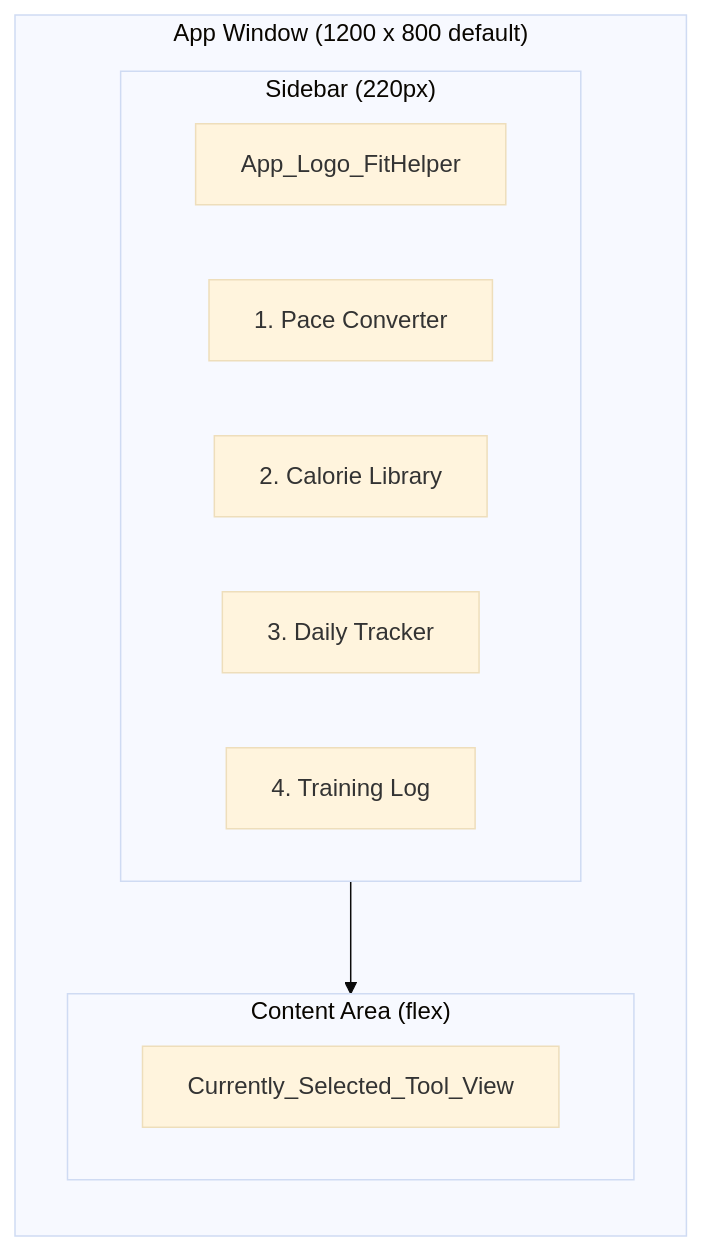
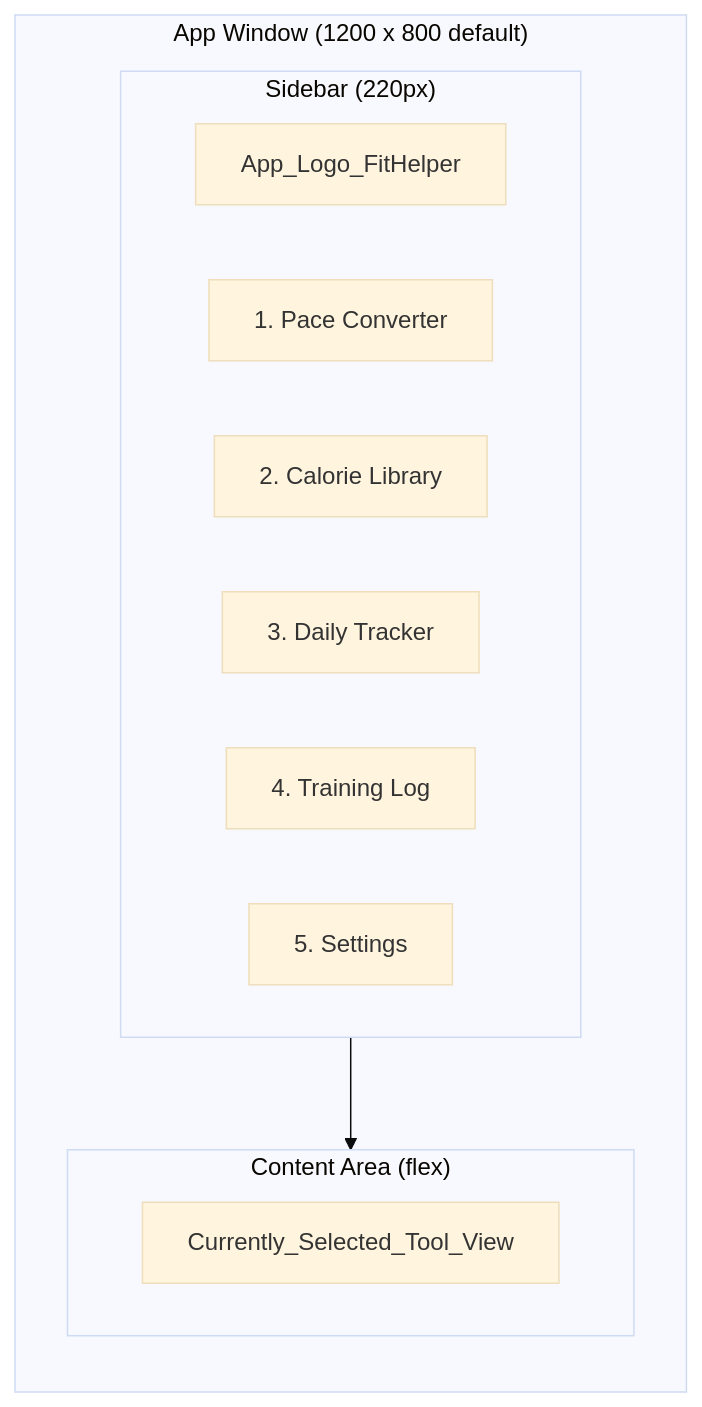
One commit to DanielZheng916/fitHelper changed the third of 3 diagrams in doc/systemDesign.md. Above: the diagram before and after it, drawn with Mermaid (base theme). The commit also changed other lines of this file and 15 other files, not shown here.

````diff
--- a/doc/systemDesign.md
+++ b/doc/systemDesign.md
@@ -499,16 +508,17 @@
 ```mermaid
 flowchart LR
     subgraph Window ["App Window (1200 x 800 default)"]
         subgraph SB ["Sidebar (220px)"]
             Logo[App_Logo_FitHelper]
             Nav1["1. Pace Converter"]
             Nav2["2. Calorie Library"]
             Nav3["3. Daily Tracker"]
             Nav4["4. Training Log"]
+            Nav5["5. Settings"]
         end
         subgraph Content ["Content Area (flex)"]
             ActiveView[Currently_Selected_Tool_View]
         end
     end
     SB --> Content
 ```
````
